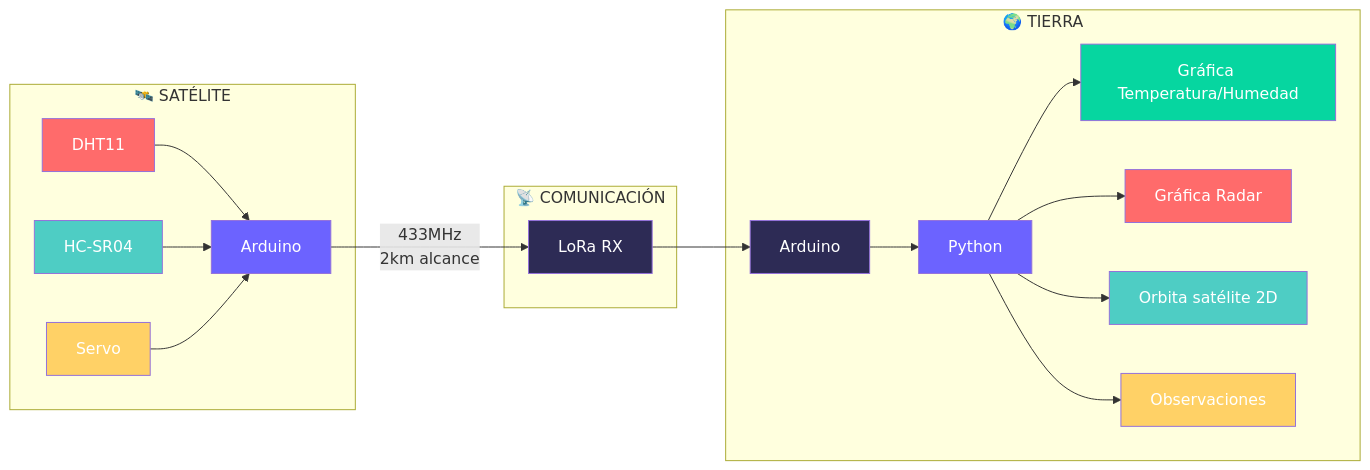
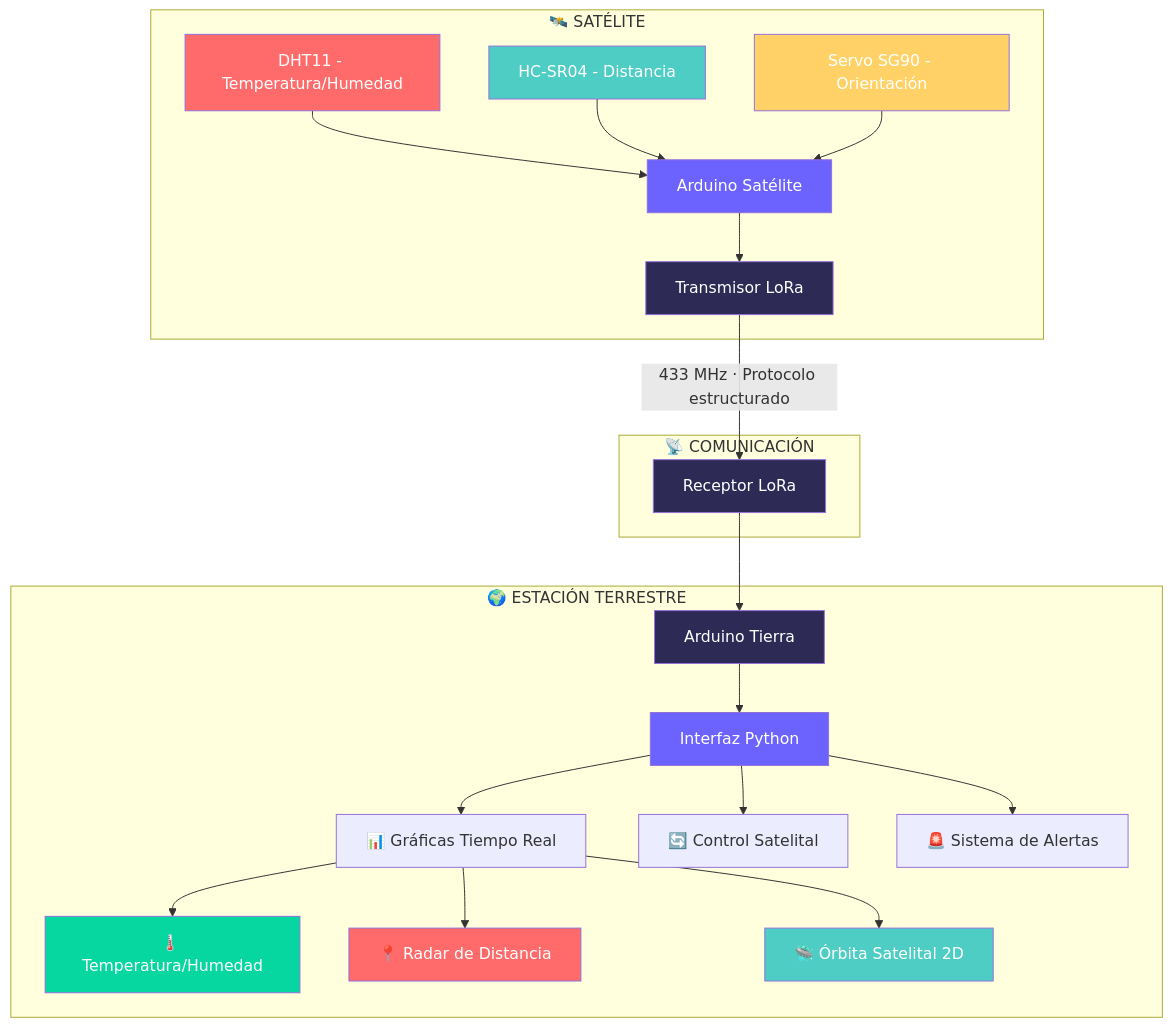
The diagram in README.md (asierromero/PROJECTE_G15), drawn with Mermaid before and after one commit. The commit also changed other lines of this file, not shown here.

Commit message:
README.md

````diff
--- a/README.md
+++ b/README.md
@@ -39,35 +39,38 @@
 ```mermaid
-graph LR
+graph TB
     subgraph "🛰️ SATÉLITE"
-        A[DHT11] --> B[Arduino]
-        C[HC-SR04] --> B
-        D[Servo] --> B
+        A[DHT11 - Temperatura/Humedad] --> B[Arduino Satélite]
+        C[HC-SR04 - Distancia] --> B
+        D[Servo SG90 - Orientación] --> B
+        B --> E[Transmisor LoRa]
     end
     
     subgraph "📡 COMUNICACIÓN"
-        B -- "433MHz<br/>2km alcance" --> E
+        E -- "433 MHz · Protocolo estructurado" --> F[Receptor LoRa]
     end
     
-    subgraph "🌍 TIERRA"
-        E[LoRa RX] --> F[Arduino]
-        F --> G[Python]
-        G --> H[Gráfica Temperatura/Humedad]
-        G --> I[Gráfica Radar]
-        G --> J[Orbita satélite 2D]
-        G --> K[Observaciones]
+    subgraph "🌍 ESTACIÓN TERRESTRE"
+        F --> G[Arduino Tierra]
+        G --> H[Interfaz Python]
+        
+        H --> I[📊 Gráficas Tiempo Real]
+        H --> J[🔄 Control Satelital]
+        H --> K[🚨 Sistema de Alertas]
+        
+        I --> L[🌡️ Temperatura/Humedad]
+        I --> M[📍 Radar de Distancia]
+        I --> N[🛸 Órbita Satelital 2D]
     end
     
     style A fill:#FF6B6B,color:#fff
     style C fill:#4ECDC4,color:#fff
     style D fill:#FFD166,color:#fff
     style B fill:#6C63FF,color:#fff
     style E fill:#2D2B55,color:#fff
-    
     style F fill:#2D2B55,color:#fff
-    style G fill:#6C63FF,color:#fff
-    style H fill:#06D6A0,color:#fff
-    
-    style I fill:#FF6B6B,color:#fff
-    style J fill:#4ECDC4,color:#fff
-    style K fill:#FFD166,color:#fff
+    style G fill:#2D2B55,color:#fff
+    style H fill:#6C63FF,color:#fff
+    style L fill:#06D6A0,color:#fff
+    style M fill:#FF6B6B,color:#fff
+    style N fill:#4ECDC4,color:#fff
 ```
````
